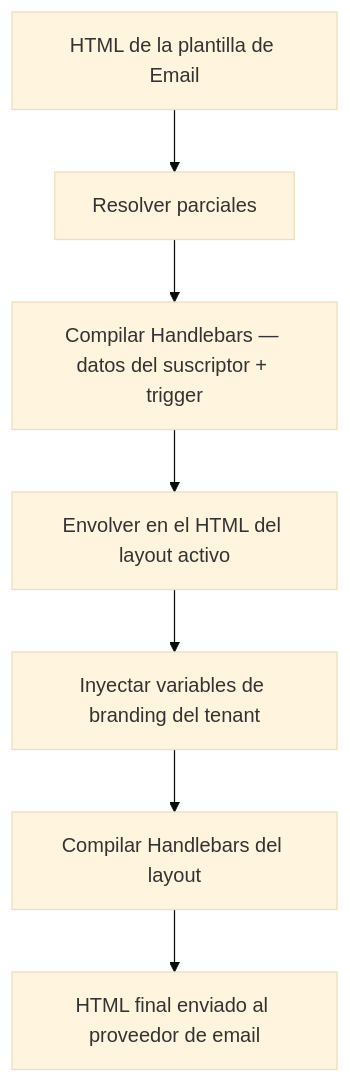
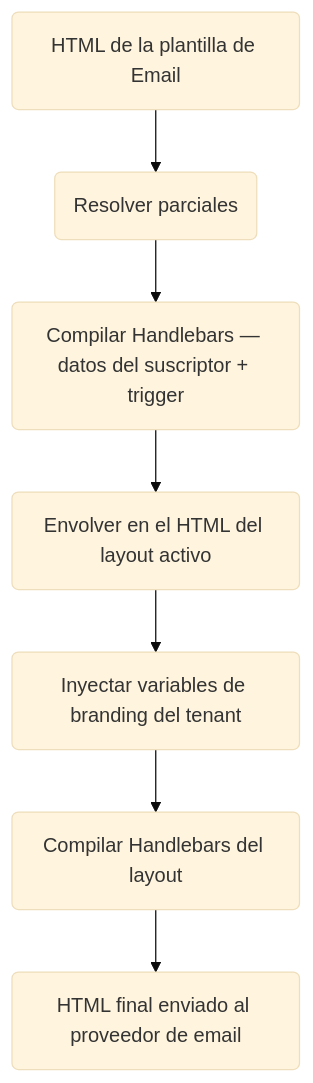
Before and after one commit to KriyanshKhunt/nexus_docs: the diagram in content/docs/es/platform/features/email-layouts.mdx, drawn with Mermaid (base theme). The commit also changed 20 other files, not shown here.

Commit message:
Handle es Mermaid charts

````diff
--- a/content/docs/es/platform/features/email-layouts.mdx
+++ b/content/docs/es/platform/features/email-layouts.mdx
@@ -83,9 +83,9 @@
 ```mermaid
 flowchart TD
-  T[HTML de la plantilla de Email] --> P[Resolver parciales]
-  P --> C[Compilar Handlebars — datos del suscriptor + trigger]
-  C --> L[Envolver en el HTML del layout activo]
-  L --> B[Inyectar variables de branding del tenant]
-  B --> H[Compilar Handlebars del layout]
-  H --> Out[HTML final enviado al proveedor de email]
+  T(HTML de la plantilla de Email) --> P(Resolver parciales)
+  P --> C(Compilar Handlebars — datos del suscriptor + trigger)
+  C --> L(Envolver en el HTML del layout activo)
+  L --> B(Inyectar variables de branding del tenant)
+  B --> H(Compilar Handlebars del layout)
+  H --> Out(HTML final enviado al proveedor de email)
 ```
````
